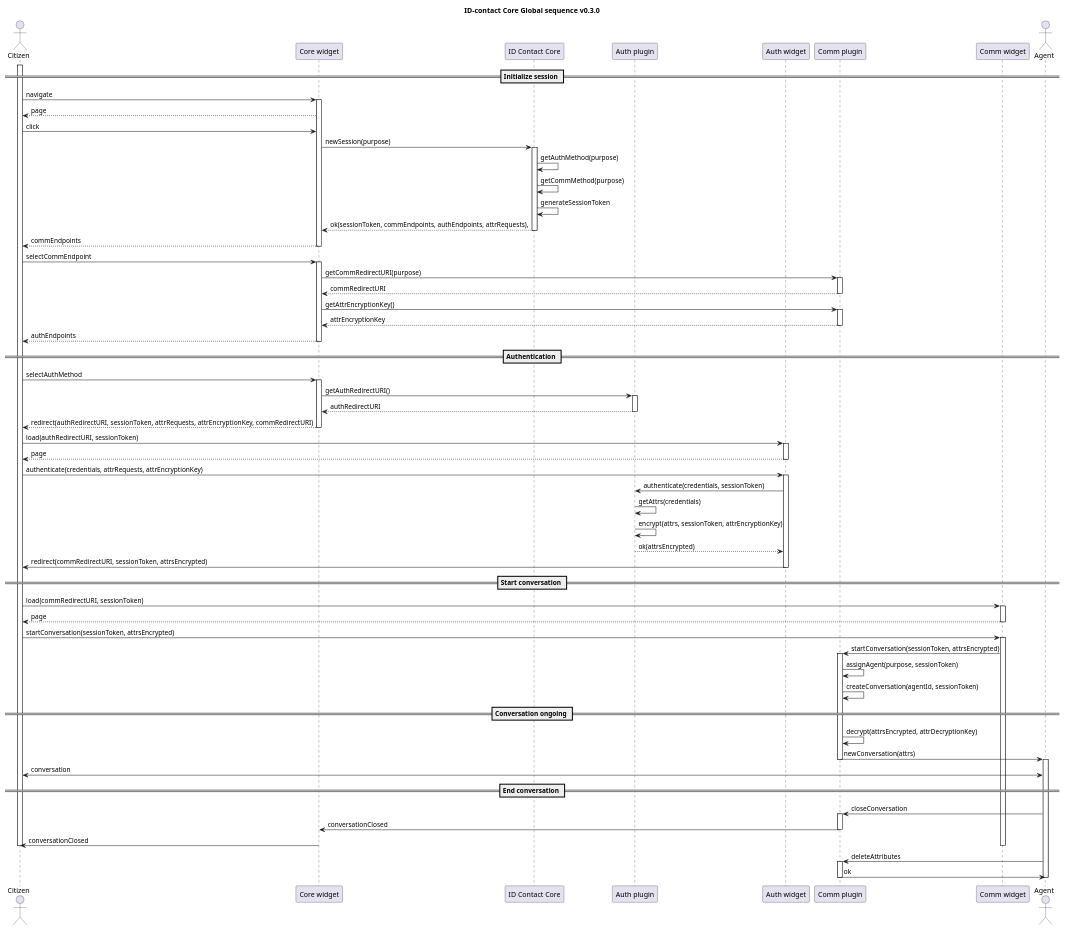
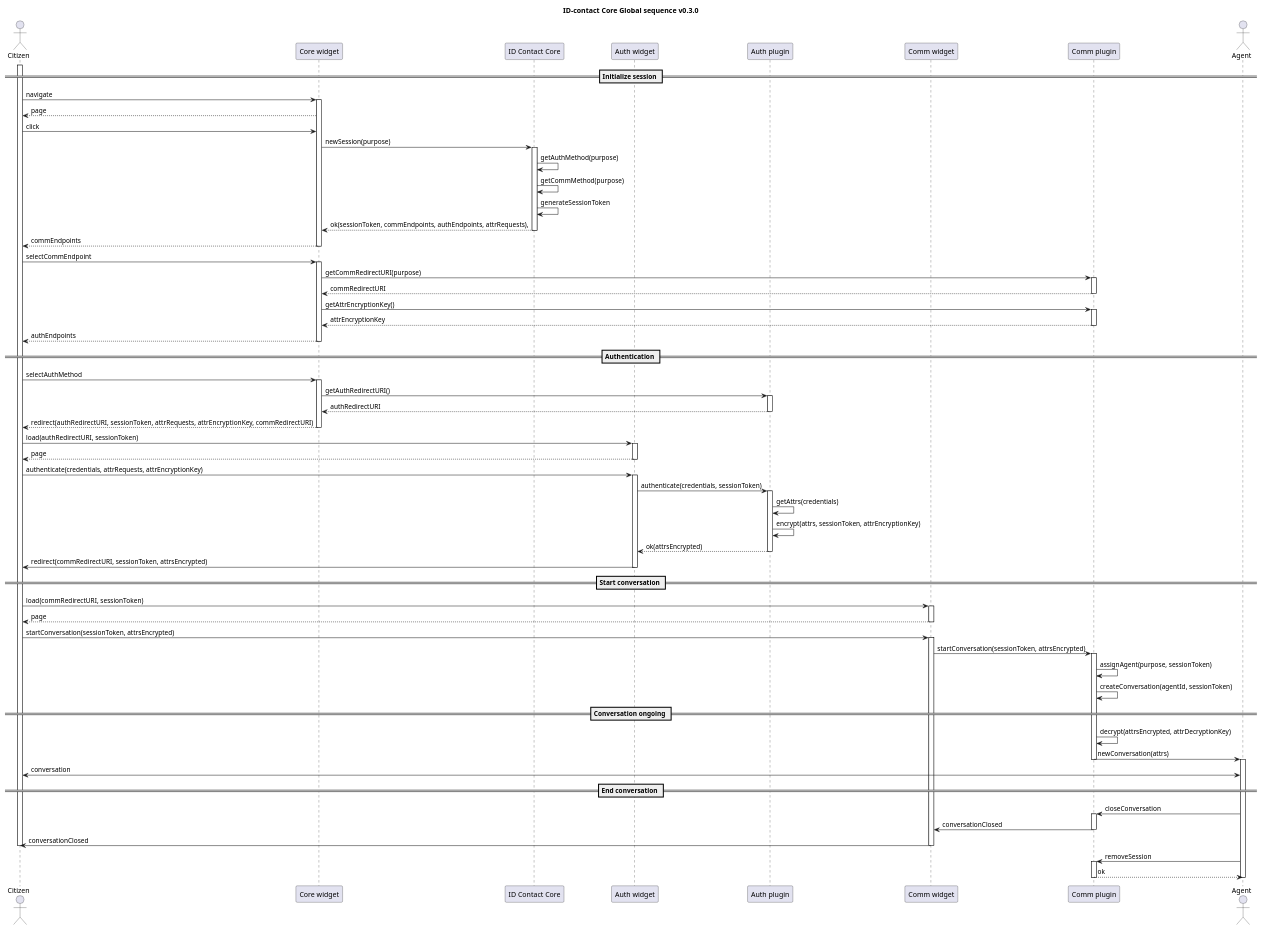
One commit to id-contact/docs changed the diagram in docs/diagrams/global-sequence.puml. Above: the diagram before and after it, drawn with PlantUML.

Commit message:
fix 'End conversation' section

```diff
--- a/docs/diagrams/global-sequence.puml
+++ b/docs/diagrams/global-sequence.puml
@@ -2,107 +2,107 @@
 @startuml
 title ID-contact Core Global sequence v0.3.0
 
 actor Citizen as citizen
 participant "Core widget" as widget
 participant "ID Contact Core" as core
+participant "Auth widget" as auth_widget
 participant "Auth plugin" as auth_plugin
-participant "Auth widget" as auth_widget
+participant "Comm widget" as comm_widget
 participant "Comm plugin" as comm_plugin
-participant "Comm widget" as comm_widget
 actor Agent as agent
 
 == Initialize session ==
 
 activate citizen
 citizen->widget: navigate
 activate widget
 widget-->citizen: page
 citizen->widget: click
 widget->core: newSession(purpose)
 activate core
 core->core: getAuthMethod(purpose)
 core->core: getCommMethod(purpose)
 core->core: generateSessionToken
 core-->widget: ok(sessionToken, commEndpoints, authEndpoints, attrRequests),
 deactivate core
 widget-->citizen: commEndpoints
 deactivate widget
 citizen->widget: selectCommEndpoint
 activate widget
 widget->comm_plugin: getCommRedirectURI(purpose)
 activate comm_plugin
 comm_plugin-->widget: commRedirectURI
 deactivate comm_plugin
 widget->comm_plugin: getAttrEncryptionKey()
 activate comm_plugin
 comm_plugin-->widget: attrEncryptionKey
 deactivate comm_plugin
 widget-->citizen: authEndpoints
 deactivate widget
 
 == Authentication ==
 
 citizen->widget: selectAuthMethod
 activate widget
 widget->auth_plugin: getAuthRedirectURI()
 activate auth_plugin
 auth_plugin-->widget: authRedirectURI
 deactivate auth_plugin
 widget-->citizen: redirect(authRedirectURI, sessionToken, attrRequests, attrEncryptionKey, commRedirectURI)
 deactivate widget
 
 citizen->auth_widget: load(authRedirectURI, sessionToken)
 activate auth_widget
 auth_widget-->citizen: page
 deactivate auth_widget
 
 citizen->auth_widget: authenticate(credentials, attrRequests, attrEncryptionKey)
 activate auth_widget
 auth_widget->auth_plugin: authenticate(credentials, sessionToken)
+activate auth_plugin
 auth_plugin->auth_plugin: getAttrs(credentials)
 auth_plugin->auth_plugin: encrypt(attrs, sessionToken, attrEncryptionKey)
 auth_plugin-->auth_widget: ok(attrsEncrypted)
 deactivate auth_plugin
 auth_widget->citizen: redirect(commRedirectURI, sessionToken, attrsEncrypted)
 deactivate auth_widget
 
 == Start conversation ==
 
 citizen->comm_widget: load(commRedirectURI, sessionToken)
 activate comm_widget
 comm_widget-->citizen: page
 deactivate comm_widget
 
 citizen->comm_widget: startConversation(sessionToken, attrsEncrypted)
 activate comm_widget
 comm_widget->comm_plugin: startConversation(sessionToken, attrsEncrypted)
 activate comm_plugin
 
 comm_plugin->comm_plugin: assignAgent(purpose, sessionToken)
 comm_plugin->comm_plugin: createConversation(agentId, sessionToken)
 
 == Conversation ongoing ==
 comm_plugin->comm_plugin: decrypt(attrsEncrypted, attrDecryptionKey)
 comm_plugin->agent: newConversation(attrs)
 deactivate comm_plugin
 
 activate agent
 citizen<->agent: conversation
 
 == End conversation ==
 agent->comm_plugin: closeConversation
 activate comm_plugin
-comm_plugin->widget: conversationClosed
+comm_plugin->comm_widget: conversationClosed
 deactivate comm_plugin
-deactivate widget
-widget->citizen: conversationClosed
+comm_widget->citizen: conversationClosed
 deactivate comm_widget
 deactivate citizen
-agent->comm_plugin: deleteAttributes
+agent->comm_plugin: removeSession
 activate comm_plugin
-comm_plugin->agent: ok
+comm_plugin-->agent: ok
 deactivate comm_plugin
 deactivate agent
 
 
 @enduml
```
